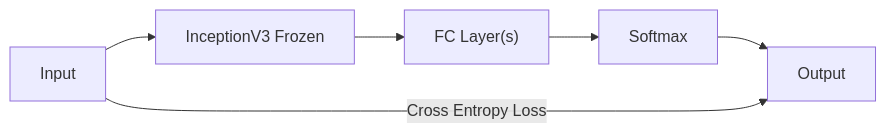
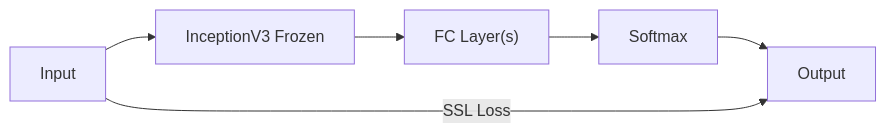
The second of 5 diagrams in Writerside/topics/Model-Test-Chestnut-May-Dec.md (harvardXedujames/FRDC-ML), drawn with Mermaid before and after one commit.

Commit message:
Minor errata fix

````diff
--- a/Writerside/topics/Model-Test-Chestnut-May-Dec.md
+++ b/Writerside/topics/Model-Test-Chestnut-May-Dec.md
@@ -41,8 +41,8 @@
 ```mermaid
 graph LR
     Input --> InceptionV3
     InceptionV3[InceptionV3 Frozen] --> FC["FC Layer(s)"]
     FC --> Softmax
     Softmax --> Output
-    Input -- Cross Entropy Loss --> Output
+    Input -- SSL Loss --> Output
 ```
````
